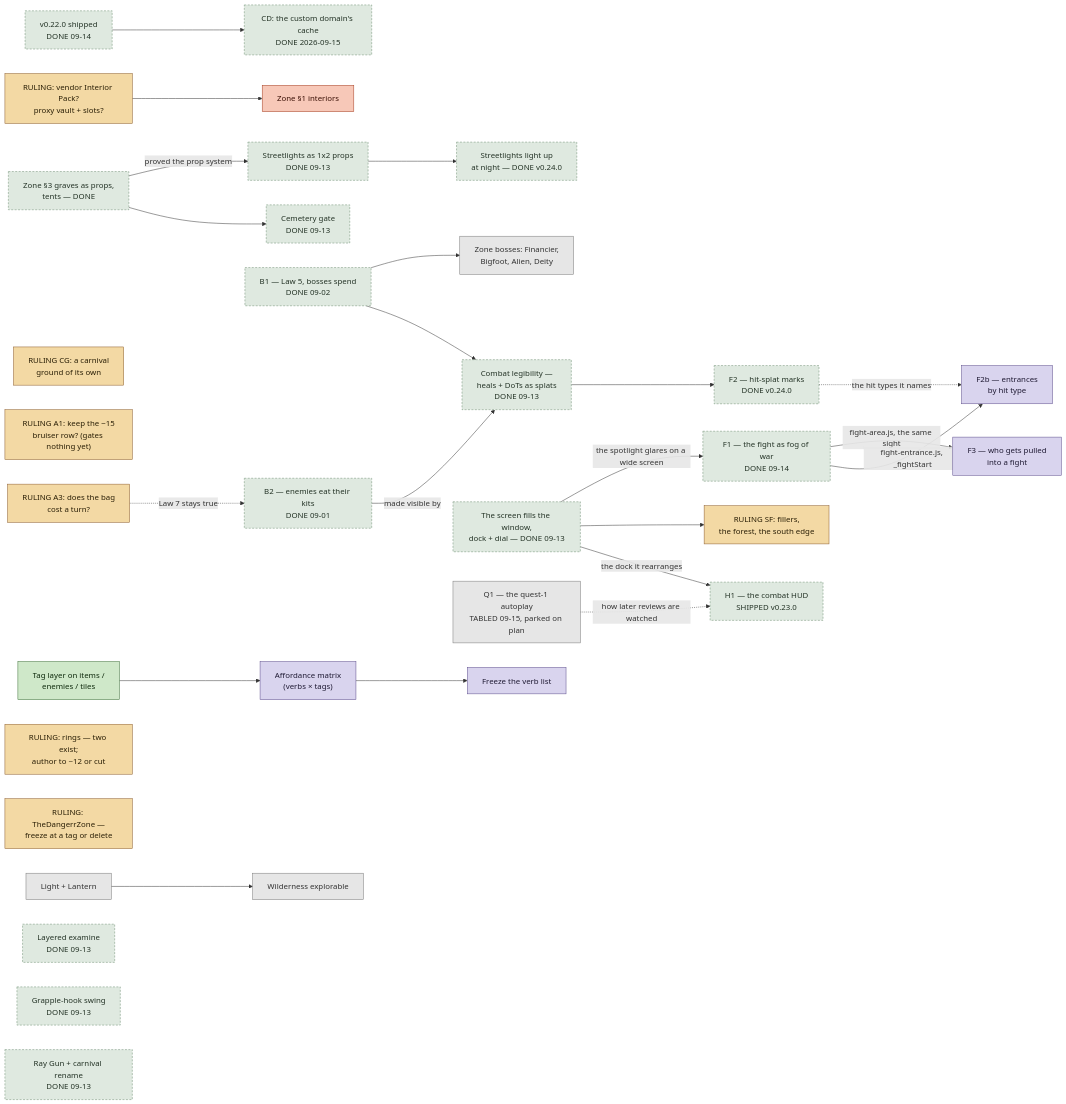
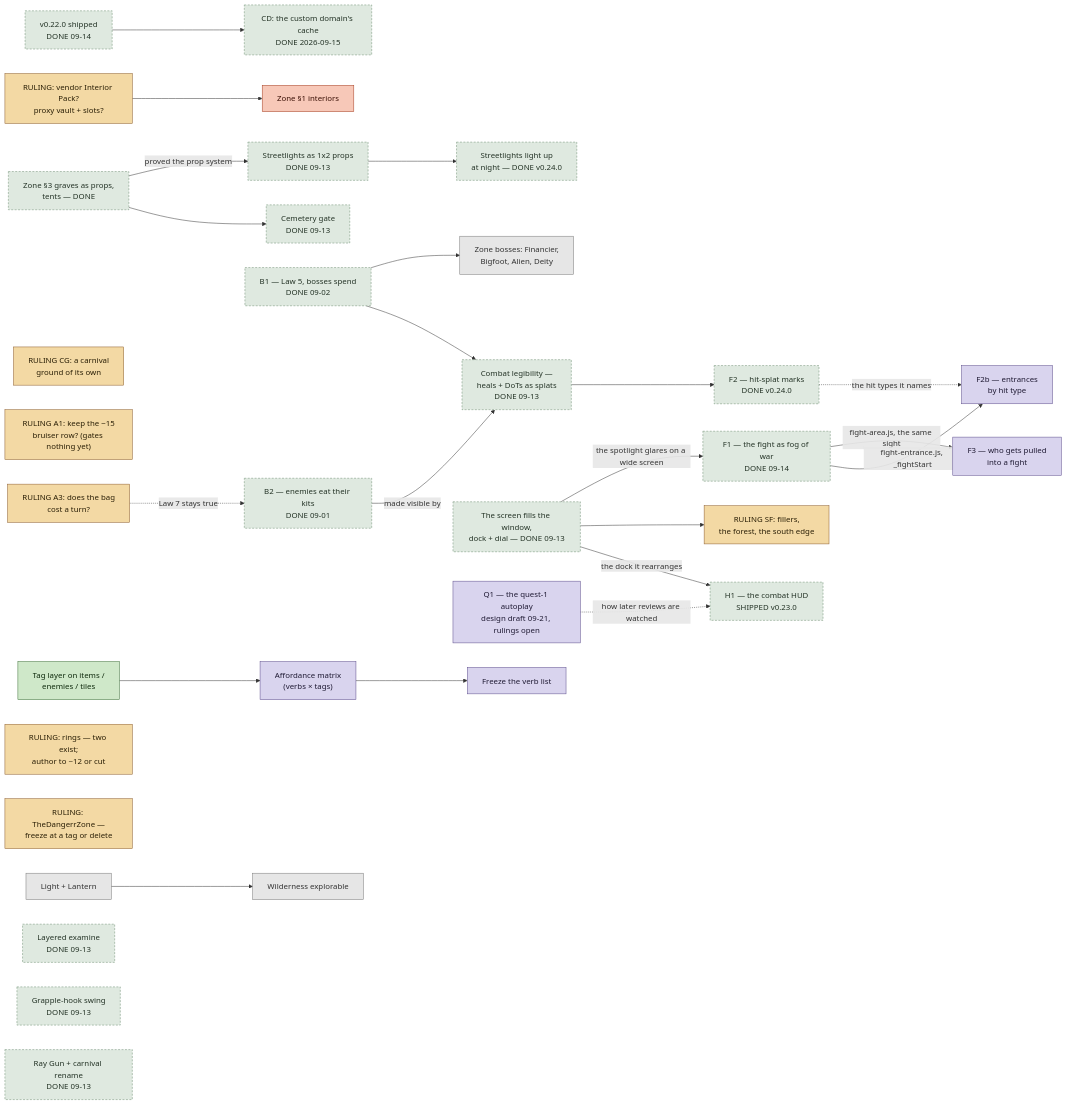
One commit to RussellDangerr/violencetown changed the diagram in plans/roadmap-2026-09.md. Above: the diagram before and after it, drawn with Mermaid. The commit also changed other lines of this file and 1 other file, not shown here.

First line of the commit message:
plan(autoplay): Q1 un-tabled — the design draft, and why a seed alone won't replay

````diff
--- a/plans/roadmap-2026-09.md
+++ b/plans/roadmap-2026-09.md
@@ -50,66 +50,66 @@
 ```mermaid
 flowchart LR
     classDef ruling fill:#f3d9a4,stroke:#8a5a2c,color:#2a1f06
     classDef ready fill:#cfe8c9,stroke:#3a6b35,color:#0f2a0d
     classDef design fill:#d9d4ee,stroke:#5a4a8a,color:#1f1a33
     classDef later fill:#e6e6e6,stroke:#777,color:#333
     classDef now fill:#f7c8b8,stroke:#a33a1e,color:#3a0f05
     classDef done fill:#dfe9e0,stroke:#6a8a6e,color:#243326,stroke-dasharray:4 3
 
     SHIP["v0.22.0 shipped<br/>DONE 09-14"]:::done
     CD["CD: the custom domain's cache<br/>DONE 2026-09-15"]:::done
     SHIP --> CD
     GY["Zone §3 graves as props,<br/>tents — DONE"]:::done
     INT["Zone §1 interiors"]:::now
     R_INT["RULING: vendor Interior Pack?<br/>proxy vault + slots?"]:::ruling
     R_INT --> INT
     GY -->|"proved the prop system"| LAMP["Streetlights as 1x2 props<br/>DONE 09-13"]:::done
     GY --> GATE["Cemetery gate<br/>DONE 09-13"]:::done
     LAMP --> LIT["Streetlights light up<br/>at night — DONE v0.24.0"]:::done
     CG["RULING CG: a carnival<br/>ground of its own"]:::ruling
 
     BOSS["B1 — Law 5, bosses spend<br/>DONE 09-02"]:::done
     B2["B2 — enemies eat their kits<br/>DONE 09-01"]:::done
     LEG["Combat legibility —<br/>heals + DoTs as splats<br/>DONE 09-13"]:::done
     ZBOSS["Zone bosses: Financier,<br/>Bigfoot, Alien, Deity"]:::later
     BOSS --> ZBOSS
     B2 -->|"made visible by"| LEG
     BOSS --> LEG
 
     SCREEN["The screen fills the window,<br/>dock + dial — DONE 09-13"]:::done
     FOG["F1 — the fight as fog of war<br/>DONE 09-14"]:::done
     SPLAT["F2 — hit-splat marks<br/>DONE v0.24.0"]:::done
     ENTRY["F2b — entrances<br/>by hit type"]:::design
     PULL["F3 — who gets pulled<br/>into a fight"]:::design
     SF["RULING SF: fillers,<br/>the forest, the south edge"]:::ruling
-    AUTO["Q1 — the quest-1 autoplay<br/>TABLED 09-15, parked on plan"]:::later
+    AUTO["Q1 — the quest-1 autoplay<br/>design draft 09-21, rulings open"]:::design
     HUD["H1 — the combat HUD<br/>SHIPPED v0.23.0"]:::done
     SCREEN -->|"the spotlight glares on a wide screen"| FOG
     FOG -->|"fight-area.js, the same sight"| PULL
     FOG -->|"fight-entrance.js, _fightStart"| ENTRY
     SPLAT -.->|"the hit types it names"| ENTRY
     LEG --> SPLAT
     SCREEN --> SF
     SCREEN -->|"the dock it rearranges"| HUD
     AUTO -.->|"how later reviews are watched"| HUD
 
     A1["RULING A1: keep the −15<br/>bruiser row? (gates nothing yet)"]:::ruling
     A3["RULING A3: does the bag<br/>cost a turn?"]:::ruling
     A3 -.->|"Law 7 stays true"| B2
 
     TAG["Tag layer on items /<br/>enemies / tiles"]:::ready
     MATRIX["Affordance matrix<br/>(verbs × tags)"]:::design
     FREEZE["Freeze the verb list"]:::design
     TAG --> MATRIX --> FREEZE
 
     RINGS["RULING: rings — two exist;<br/>author to ~12 or cut"]:::ruling
     DZ["RULING: TheDangerrZone —<br/>freeze at a tag or delete"]:::ruling
 
     LANT["Light + Lantern"]:::later
     WILD["Wilderness explorable"]:::later
     LANT --> WILD
 
     EX["Layered examine<br/>DONE 09-13"]:::done
     GRAP["Grapple-hook swing<br/>DONE 09-13"]:::done
     RAY["Ray Gun + carnival rename<br/>DONE 09-13"]:::done
 ```
````
